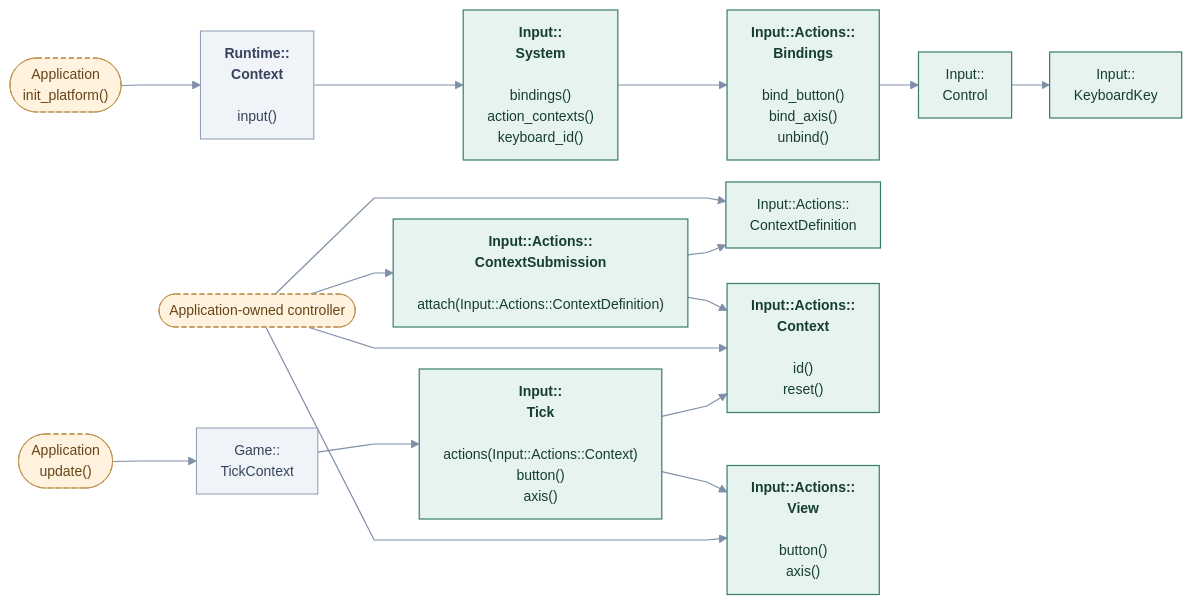
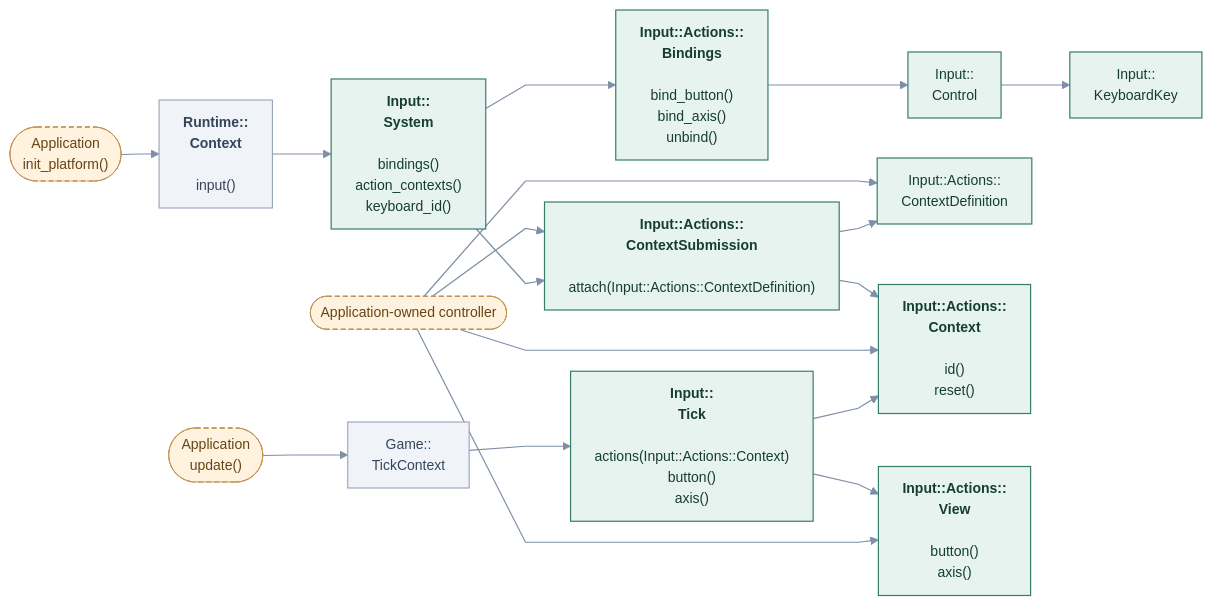
One commit to cppcooper/cheryl-engine changed the diagram in docs/site/engine-systems/diagrams/input-application.mmd. Above: the diagram before and after it, drawn with Mermaid. The commit also changed 15 other files, not shown here.

```diff
--- a/docs/site/engine-systems/diagrams/input-application.mmd
+++ b/docs/site/engine-systems/diagrams/input-application.mmd
@@ -1,50 +1,51 @@
 ---
 config:
   theme: base
   themeVariables:
     fontFamily: system-ui, sans-serif
     fontSize: 14px
   flowchart:
     htmlLabels: true
     curve: linear
     nodeSpacing: 22
     rankSpacing: 38
     padding: 12
 ---
 flowchart LR
     accTitle: Input · application actions and controllers
     accDescr: Arrows point toward the API or type used, not call order or data flow. Methods beneath type names are selected application entry points; Implement hooks marks engine-invoked overrides. Dashed arrows mark optional choices.
     k0(["Application<br/>init_platform()"]):::app
     k1["<b>Runtime::<br/>Context</b><br/><br/>input()"]:::neighbor
     k2["<b>Input::<br/>System</b><br/><br/>bindings()<br/>action_contexts()<br/>keyboard_id()"]:::focal
     k3["<b>Input::Actions::<br/>Bindings</b><br/><br/>bind_button()<br/>bind_axis()<br/>unbind()"]:::focal
     k4["Input::<br/>Control"]:::focal
     k5["Input::<br/>KeyboardKey"]:::focal
     k6(["Application-owned controller"]):::app
     k7["Input::Actions::<br/>ContextDefinition"]:::focal
     k8["<b>Input::Actions::<br/>ContextSubmission</b><br/><br/>attach(Input::Actions::ContextDefinition)"]:::focal
     k9["<b>Input::Actions::<br/>Context</b><br/><br/>id()<br/>reset()"]:::focal
     k10(["Application<br/>update()"]):::app
     k11["Game::<br/>TickContext"]:::neighbor
     k12["<b>Input::<br/>Tick</b><br/><br/>actions(Input::Actions::Context)<br/>button()<br/>axis()"]:::focal
     k13["<b>Input::Actions::<br/>View</b><br/><br/>button()<br/>axis()"]:::focal
     k2 --> k3
     k3 --> k4
     k4 --> k5
     k6 --> k7
     k6 --> k8
     k8 --> k9
     k6 --> k9
     k10 --> k11
     k11 --> k12
     k12 --> k13
     k6 --> k13
     k0 --> k1
     k1 --> k2
     k8 --> k7
     k12 --> k9
+    k2 --> k8
     classDef focal fill:#e7f3ef,stroke:#387d6b,color:#153d33,stroke-width:1.2px
     classDef neighbor fill:#f0f3f8,stroke:#8c9bb1,color:#35445b,stroke-width:1px
     classDef app fill:#fff2df,stroke:#c09452,color:#674515,stroke-dasharray:5 3
     classDef system fill:#eaf0fc,stroke:#617fab,color:#263f69,stroke-width:1.2px
     linkStyle default stroke:#7e8fa7,stroke-width:1.2px
```
